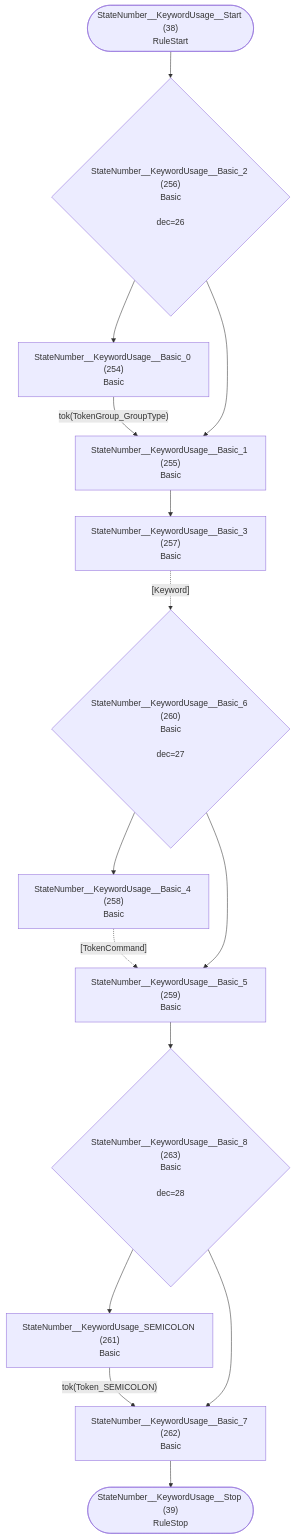
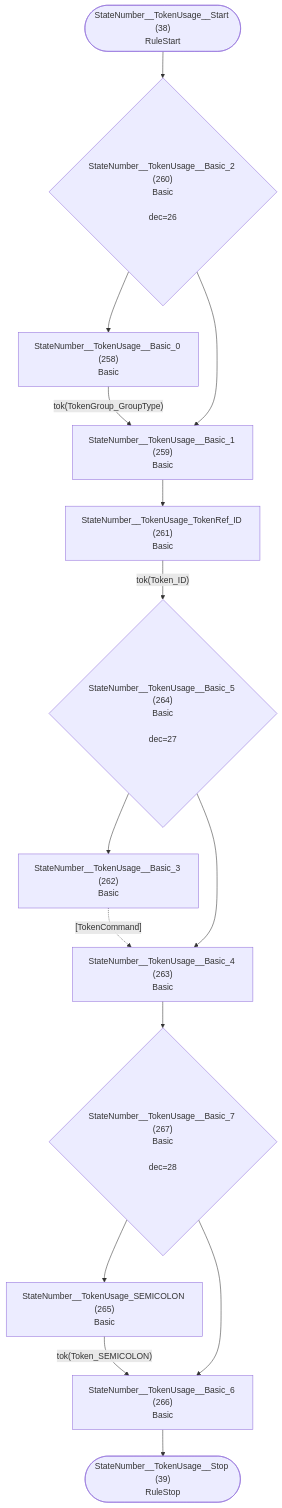
One commit to TypeFox/fastbelt changed diagram 20 of 37 in internal/grammar/atn.md. Above: the diagram before and after it, drawn with Mermaid. The commit also changed other lines of this file and 10 other files, not shown here.

Commit message:
Add group type and command to token groups

````diff
--- a/internal/grammar/atn.md
+++ b/internal/grammar/atn.md
@@ -596,30 +601,30 @@
 ```mermaid
 flowchart TD
-    q38(["StateNumber__KeywordUsage__Start (38)<br/>RuleStart"])
-    q39(["StateNumber__KeywordUsage__Stop (39)<br/>RuleStop"])
-    q254["StateNumber__KeywordUsage__Basic_0 (254)<br/>Basic<br/>"]
-    q255["StateNumber__KeywordUsage__Basic_1 (255)<br/>Basic<br/>"]
-    q256{"StateNumber__KeywordUsage__Basic_2 (256)<br/>Basic<br/><br/>dec=26"}
-    q257["StateNumber__KeywordUsage__Basic_3 (257)<br/>Basic<br/>"]
-    q258["StateNumber__KeywordUsage__Basic_4 (258)<br/>Basic<br/>"]
-    q259["StateNumber__KeywordUsage__Basic_5 (259)<br/>Basic<br/>"]
-    q260{"StateNumber__KeywordUsage__Basic_6 (260)<br/>Basic<br/><br/>dec=27"}
-    q261["StateNumber__KeywordUsage_SEMICOLON (261)<br/>Basic<br/>"]
-    q262["StateNumber__KeywordUsage__Basic_7 (262)<br/>Basic<br/>"]
-    q263{"StateNumber__KeywordUsage__Basic_8 (263)<br/>Basic<br/><br/>dec=28"}
+    q38(["StateNumber__TokenUsage__Start (38)<br/>RuleStart"])
+    q39(["StateNumber__TokenUsage__Stop (39)<br/>RuleStop"])
+    q258["StateNumber__TokenUsage__Basic_0 (258)<br/>Basic<br/>"]
+    q259["StateNumber__TokenUsage__Basic_1 (259)<br/>Basic<br/>"]
+    q260{"StateNumber__TokenUsage__Basic_2 (260)<br/>Basic<br/><br/>dec=26"}
+    q261["StateNumber__TokenUsage_TokenRef_ID (261)<br/>Basic<br/>"]
+    q262["StateNumber__TokenUsage__Basic_3 (262)<br/>Basic<br/>"]
+    q263["StateNumber__TokenUsage__Basic_4 (263)<br/>Basic<br/>"]
+    q264{"StateNumber__TokenUsage__Basic_5 (264)<br/>Basic<br/><br/>dec=27"}
+    q265["StateNumber__TokenUsage_SEMICOLON (265)<br/>Basic<br/>"]
+    q266["StateNumber__TokenUsage__Basic_6 (266)<br/>Basic<br/>"]
+    q267{"StateNumber__TokenUsage__Basic_7 (267)<br/>Basic<br/><br/>dec=28"}
 
-    q38 --> q256
-    q254 -->|"tok(TokenGroup_GroupType)"| q255
-    q255 --> q257
-    q256 --> q254
-    q256 --> q255
-    q257 -.->|"[Keyword]"| q260
-    q258 -.->|"[TokenCommand]"| q259
-    q259 --> q263
+    q38 --> q260
+    q258 -->|"tok(TokenGroup_GroupType)"| q259
+    q259 --> q261
     q260 --> q258
     q260 --> q259
-    q261 -->|"tok(Token_SEMICOLON)"| q262
-    q262 --> q39
-    q263 --> q261
-    q263 --> q262
+    q261 -->|"tok(Token_ID)"| q264
+    q262 -.->|"[TokenCommand]"| q263
+    q263 --> q267
+    q264 --> q262
+    q264 --> q263
+    q265 -->|"tok(Token_SEMICOLON)"| q266
+    q266 --> q39
+    q267 --> q265
+    q267 --> q266
 ```
````
